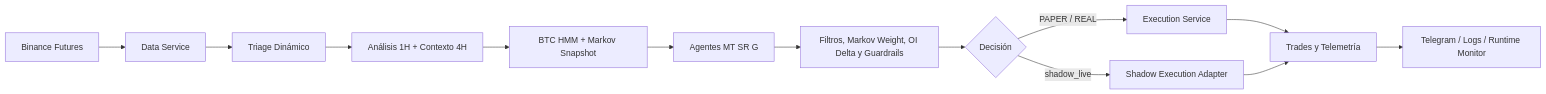
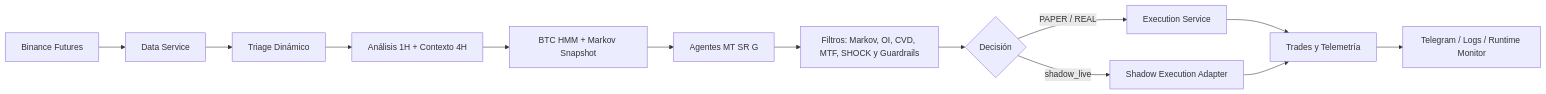
The diagram in README.md (Rukawua26/Pbot-V5ARCH-DEV), drawn with Mermaid before and after one commit. The commit also changed other lines of this file and 19 other files, not shown here.

First line of the commit message:
feat(phase-12): add MTF filter, correlation risk, regime tuning, and CVD order flow

````diff
--- a/README.md
+++ b/README.md
@@ -50,15 +54,15 @@
 ```mermaid
 flowchart LR
     A[Binance Futures] --> B[Data Service]
     B --> C[Triage Dinámico]
     C --> D[Análisis 1H + Contexto 4H]
     D --> R[BTC HMM + Markov Snapshot]
     R --> E[Agentes MT SR G]
-    E --> F[Filtros, Markov Weight, OI Delta y Guardrails]
+    E --> F[Filtros: Markov, OI, CVD, MTF, SHOCK y Guardrails]
     F --> G{Decisión}
     G -->|PAPER / REAL| H[Execution Service]
     G -->|shadow_live| I[Shadow Execution Adapter]
     H --> J[Trades y Telemetría]
     I --> J
     J --> K[Telegram / Logs / Runtime Monitor]
 ```
````
